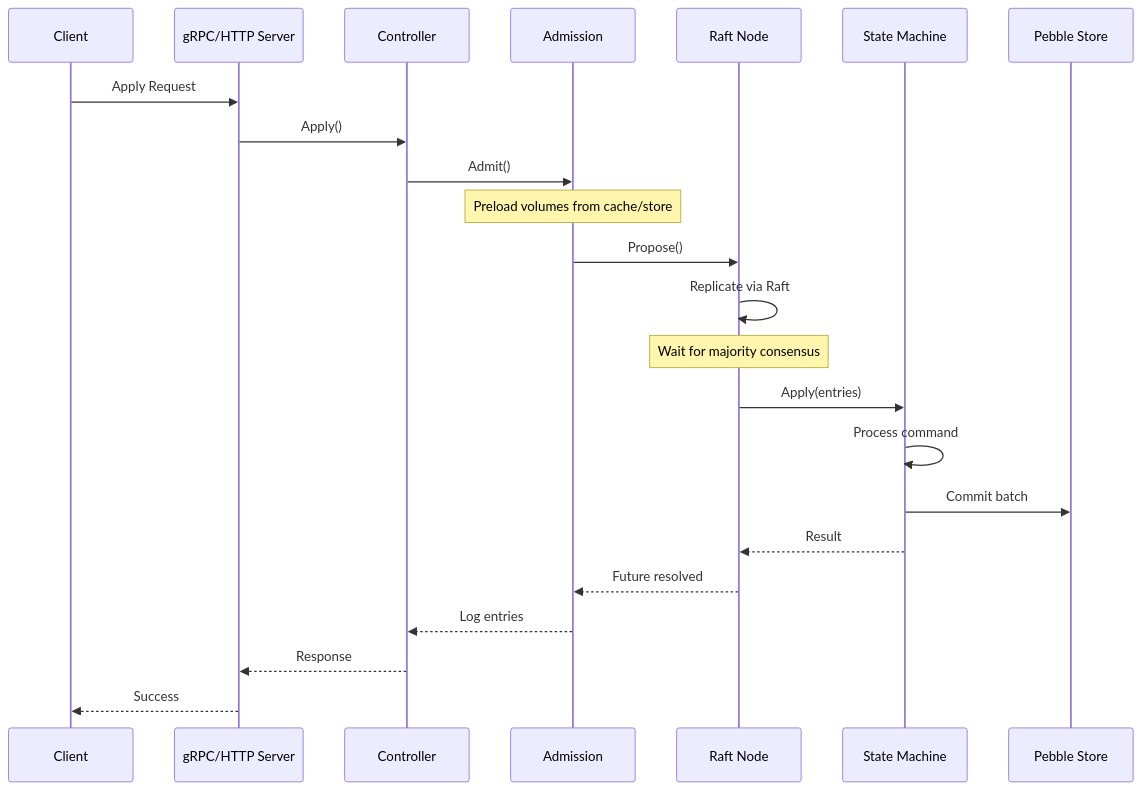
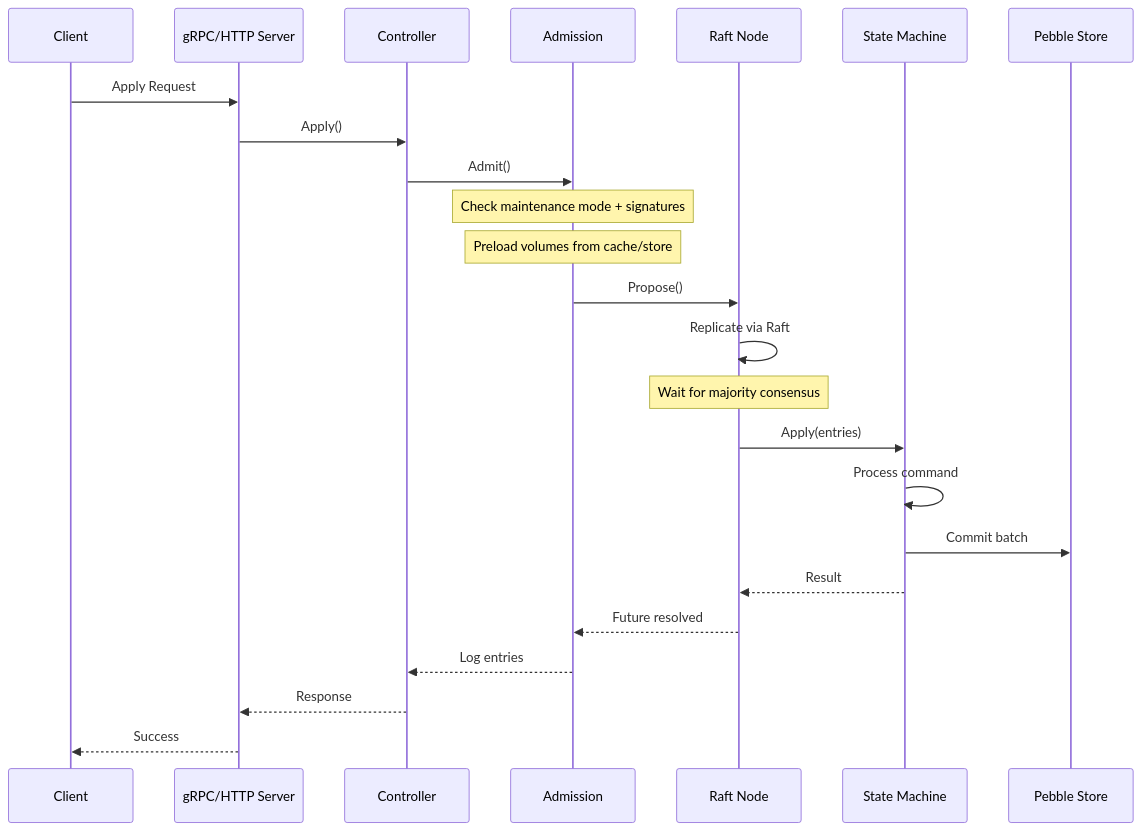
One commit to formancehq/ledger changed the second of 6 diagrams in docs/architecture/overview.md. Above: the diagram before and after it, drawn with Mermaid. The commit also changed 35 other files, not shown here.

First line of the commit message:
feat: add cluster maintenance mode with dual enforcement

````diff
--- a/docs/architecture/overview.md
+++ b/docs/architecture/overview.md
@@ -80,31 +80,32 @@
 ```mermaid
 sequenceDiagram
     participant C as Client
     participant API as gRPC/HTTP Server
     participant Ctrl as Controller
     participant Adm as Admission
     participant Node as Raft Node
     participant FSM as State Machine
     participant Store as Pebble Store
 
     C->>API: Apply Request
     API->>Ctrl: Apply()
     Ctrl->>Adm: Admit()
-    
+
+    Note over Adm: Check maintenance mode + signatures
     Note over Adm: Preload volumes from cache/store
-    
+
     Adm->>Node: Propose()
     Node->>Node: Replicate via Raft
     
     Note over Node: Wait for majority consensus
     
     Node->>FSM: Apply(entries)
     FSM->>FSM: Process command
     FSM->>Store: Commit batch
     
     FSM-->>Node: Result
     Node-->>Adm: Future resolved
     Adm-->>Ctrl: Log entries
     Ctrl-->>API: Response
     API-->>C: Success
 ```
````
